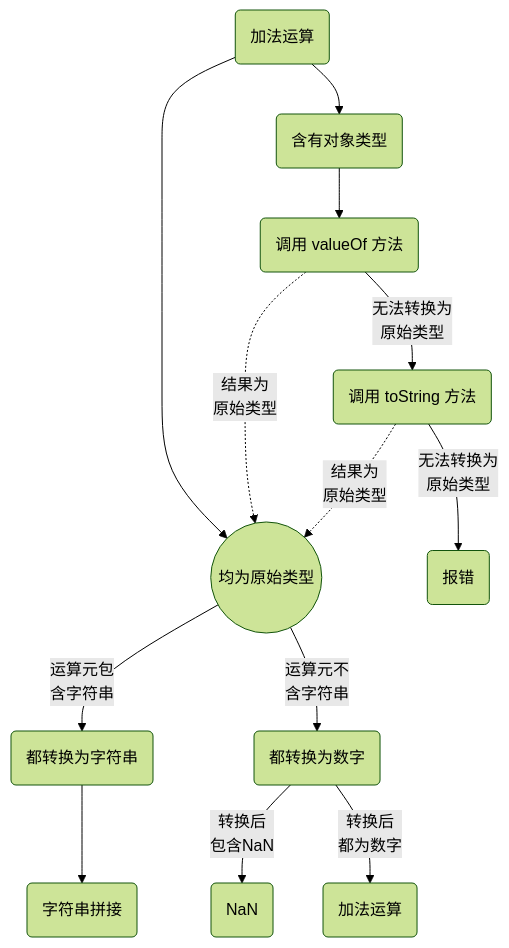
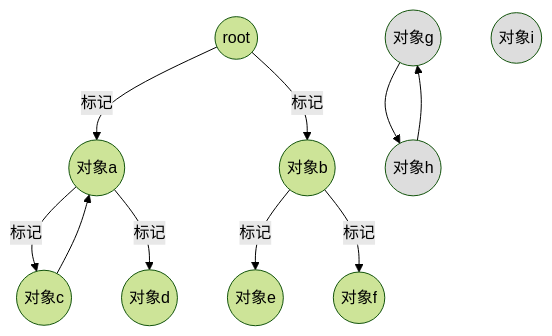
Before and after one commit to wzCoding/blog: the diagram in docs/blog-js/14.md, drawn with Mermaid (forest theme). The commit also changed other lines of this file and 15 other files, not shown here.

````diff
--- a/docs/blog-js/14.md
+++ b/docs/blog-js/14.md
@@ -135,15 +110,18 @@
 ```mermaid
 graph TB
-   0(加法运算)-->1((均为原始类型))
-   1--运算元包<br>含字符串--> 3(都转换为字符串)
-   3-->4(字符串拼接)
-   1--运算元不<br>含字符串-->5(都转换为数字)
-   5--转换后<br>包含NaN-->6(NaN)
-   5--转换后<br>都为数字-->7(加法运算)
-   0-->2(含有对象类型)
-   2-->8(调用 valueOf 方法)
-   8-.结果为<br>原始类型.->1
-   8--无法转换为<br>原始类型-->9(调用 toString 方法)
-   9-.结果为<br>原始类型.->1
-   9--无法转换为<br>原始类型-->10(报错)
+0((root))--标记-->1((对象a))
+0--标记-->2((对象b))
+1--标记-->3((对象c))
+1--标记-->4((对象d))
+3-->1
+2--标记-->5((对象e))
+2--标记-->6((对象f))
+
+7((对象g))-->8((对象h))
+8-->7
+9((对象i))
+
+style 7 fill:#ddd
+style 8 fill:#ddd
+style 9 fill:#ddd
 ```
````
